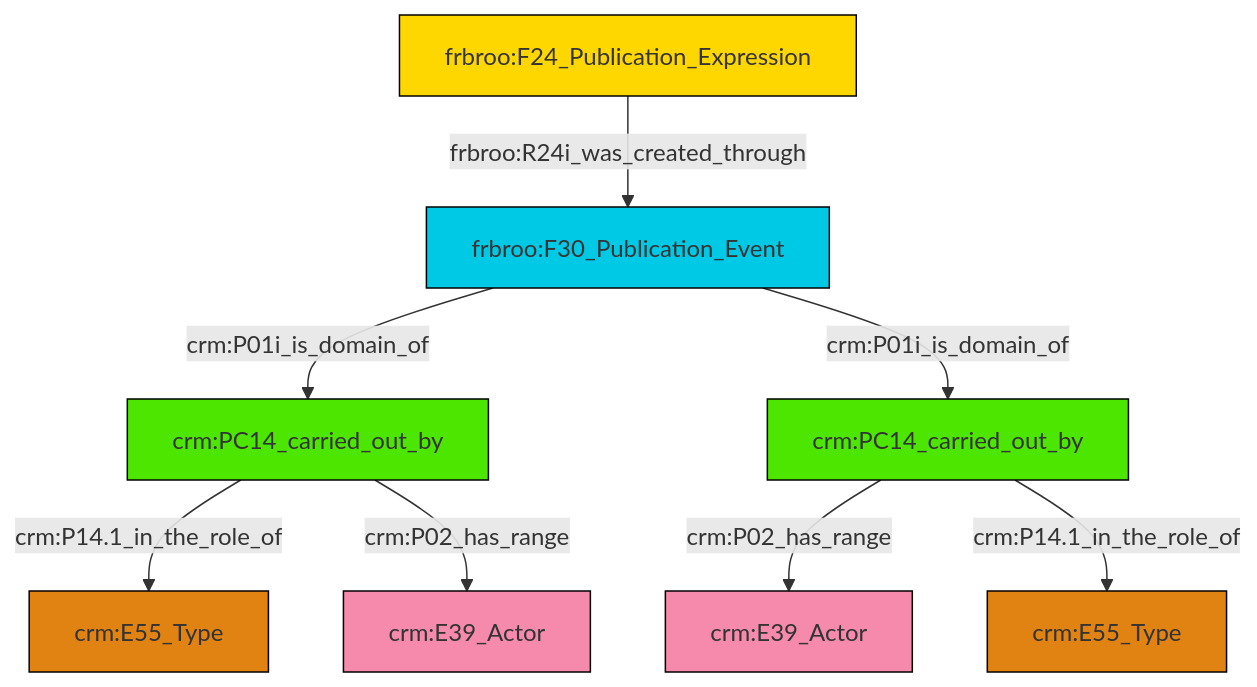
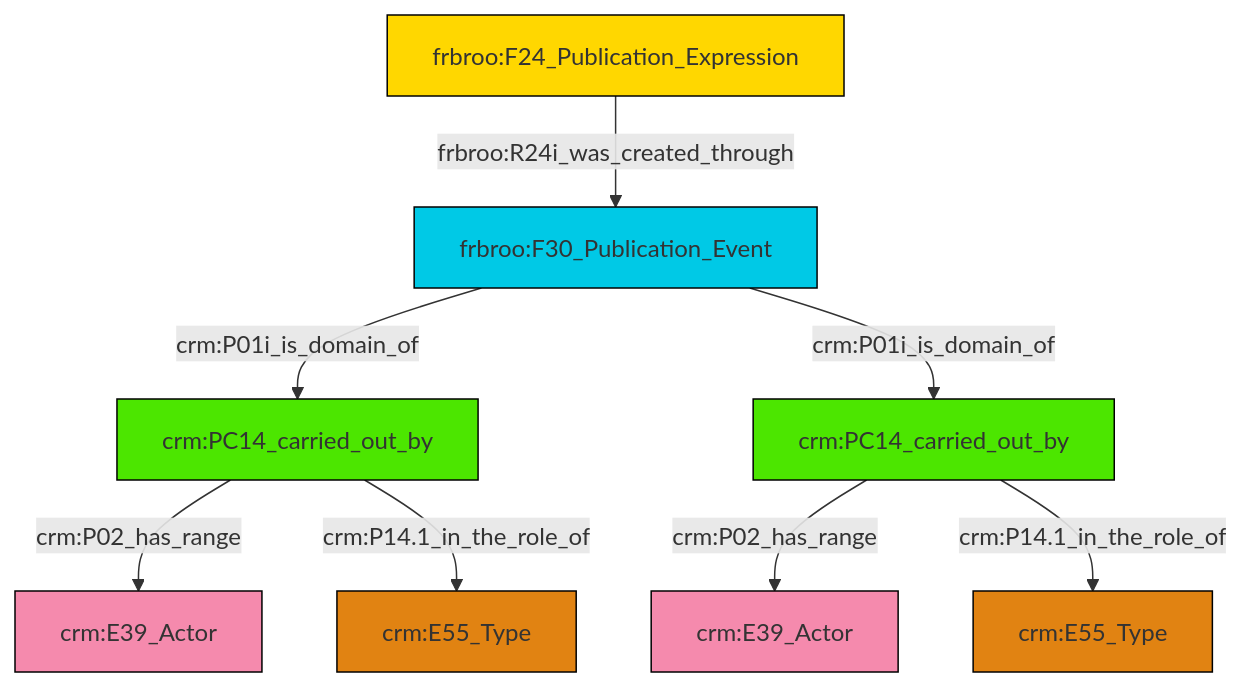
The diagram in et/biblioCSV/ttl/mmd/biblio_actor_relations.ttl.mmd (swiss-art-research-net/reference-data-models), drawn with Mermaid before and after one commit. The commit also changed 129 other files, not shown here.

```diff
--- a/et/biblioCSV/ttl/mmd/biblio_actor_relations.ttl.mmd
+++ b/et/biblioCSV/ttl/mmd/biblio_actor_relations.ttl.mmd
@@ -1,22 +1,22 @@
 graph TD
 classDef Literal fill:#f2f2f2,stroke:#000000;
 classDef CRM_Entity fill:#FFFFFF,stroke:#000000;
 classDef Temporal_Entity fill:#00C9E6, stroke:#000000;
 classDef Type fill:#E18312, stroke:#000000;
 classDef Time-Span fill:#2C9C91, stroke:#000000;
 classDef Appellation fill:#FFEB7F, stroke:#000000;
 classDef Place fill:#008836, stroke:#000000;
 classDef Persistent_Item fill:#B266B2, stroke:#000000;
 classDef Conceptual_Object fill:#FFD700, stroke:#000000;
 classDef Physical_Thing fill:#D2B48C, stroke:#000000;
 classDef Actor fill:#f58aad, stroke:#000000;
 classDef PC_Classes fill:#4ce600, stroke:#000000;
 classDef Multi fill:#cccccc,stroke:#000000;
 
-0["crm:PC14_carried_out_by"]:::PC_Classes -->|crm:P14.1_in_the_role_of| 1["crm:E55_Type"]:::Type
-2["frbroo:F30_Publication_Event"]:::Temporal_Entity -->|crm:P01i_is_domain_of| 0["crm:PC14_carried_out_by"]:::PC_Classes
-5["crm:PC14_carried_out_by"]:::PC_Classes -->|crm:P02_has_range| 6["crm:E39_Actor"]:::Actor
-5["crm:PC14_carried_out_by"]:::PC_Classes -->|crm:P14.1_in_the_role_of| 8["crm:E55_Type"]:::Type
-2["frbroo:F30_Publication_Event"]:::Temporal_Entity -->|crm:P01i_is_domain_of| 5["crm:PC14_carried_out_by"]:::PC_Classes
-0["crm:PC14_carried_out_by"]:::PC_Classes -->|crm:P02_has_range| 10["crm:E39_Actor"]:::Actor
-3["frbroo:F24_Publication_Expression"]:::Conceptual_Object -->|frbroo:R24i_was_created_through| 2["frbroo:F30_Publication_Event"]:::Temporal_Entity
+2["crm:PC14_carried_out_by"]:::PC_Classes -->|crm:P02_has_range| 6["crm:E39_Actor"]:::Actor
+7["crm:PC14_carried_out_by"]:::PC_Classes -->|crm:P02_has_range| 0["crm:E39_Actor"]:::Actor
+2["crm:PC14_carried_out_by"]:::PC_Classes -->|crm:P14.1_in_the_role_of| 11["crm:E55_Type"]:::Type
+13["frbroo:F24_Publication_Expression"]:::Conceptual_Object -->|frbroo:R24i_was_created_through| 9["frbroo:F30_Publication_Event"]:::Temporal_Entity
+9["frbroo:F30_Publication_Event"]:::Temporal_Entity -->|crm:P01i_is_domain_of| 7["crm:PC14_carried_out_by"]:::PC_Classes
+9["frbroo:F30_Publication_Event"]:::Temporal_Entity -->|crm:P01i_is_domain_of| 2["crm:PC14_carried_out_by"]:::PC_Classes
+7["crm:PC14_carried_out_by"]:::PC_Classes -->|crm:P14.1_in_the_role_of| 4["crm:E55_Type"]:::Type
```
